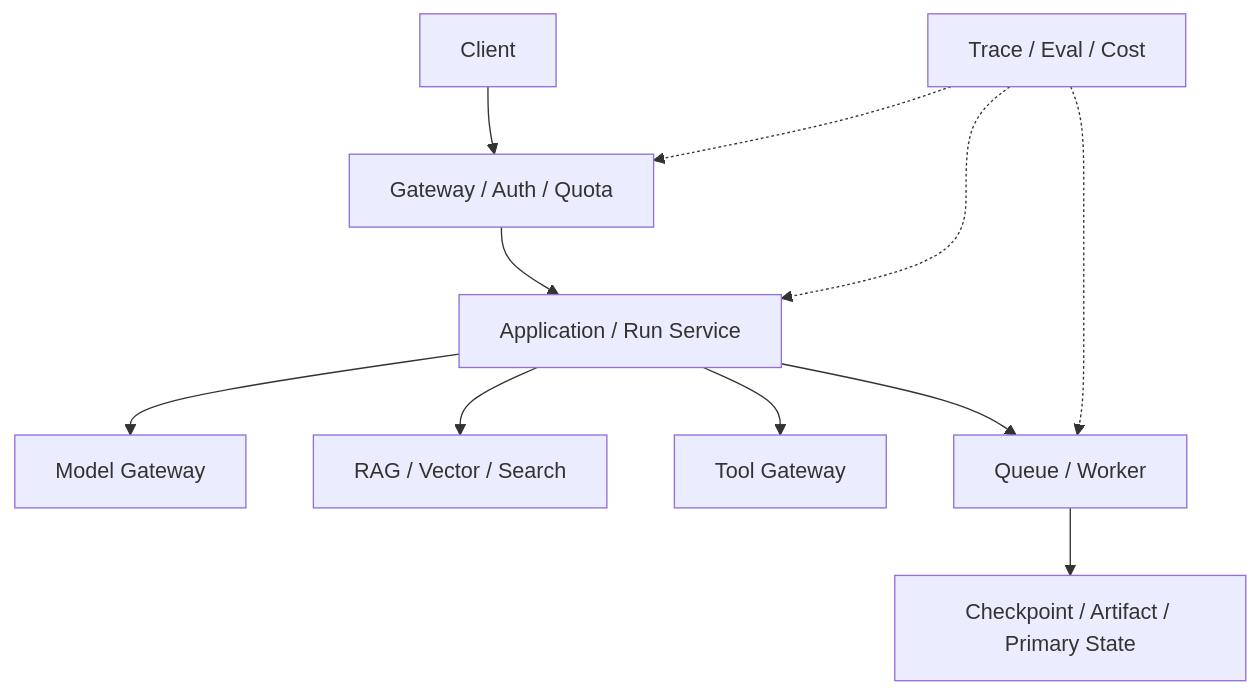
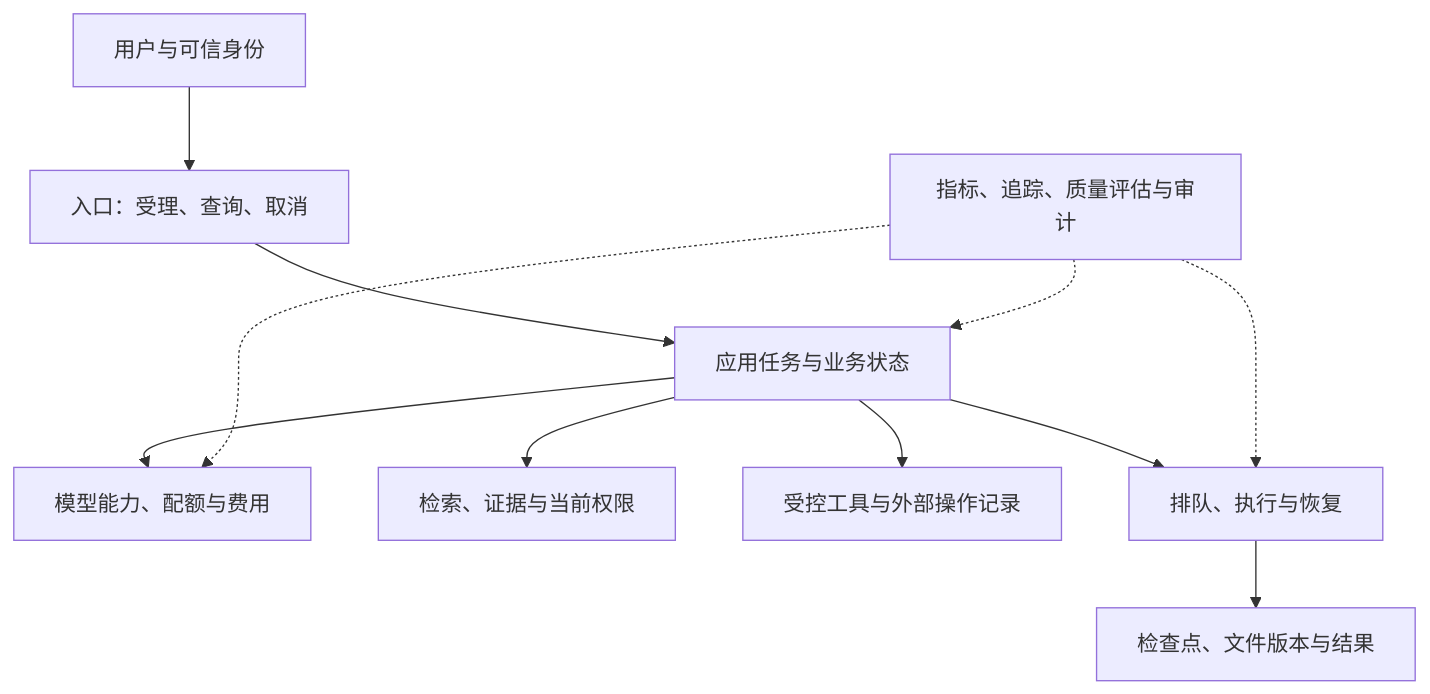
One commit to studyzhige-ui/ai-application-interview-handbook changed the sixth of 6 diagrams in curriculum/10-system-design/review/README.md. Above: the diagram before and after it, drawn with Mermaid. The commit also changed other lines of this file and 33 other files, not shown here.

````diff
--- a/curriculum/10-system-design/review/README.md
+++ b/curriculum/10-system-design/review/README.md
@@ -100,13 +84,13 @@
 ```mermaid
 flowchart TD
-    A["Client"] --> B["Gateway / Auth / Quota"]
-    B --> C["Application / Run Service"]
-    C --> D["Model Gateway"]
-    C --> E["RAG / Vector / Search"]
-    C --> F["Tool Gateway"]
-    C --> G["Queue / Worker"]
-    G --> H["Checkpoint / Artifact / Primary State"]
-    I["Trace / Eval / Cost"] -.-> B
-    I -.-> C
+    A["用户与可信身份"] --> B["入口：受理、查询、取消"]
+    B --> C["应用任务与业务状态"]
+    C --> D["模型能力、配额与费用"]
+    C --> E["检索、证据与当前权限"]
+    C --> F["受控工具与外部操作记录"]
+    C --> G["排队、执行与恢复"]
+    G --> H["检查点、文件版本与结果"]
+    I["指标、追踪、质量评估与审计"] -.-> C
+    I -.-> D
     I -.-> G
 ```
````
